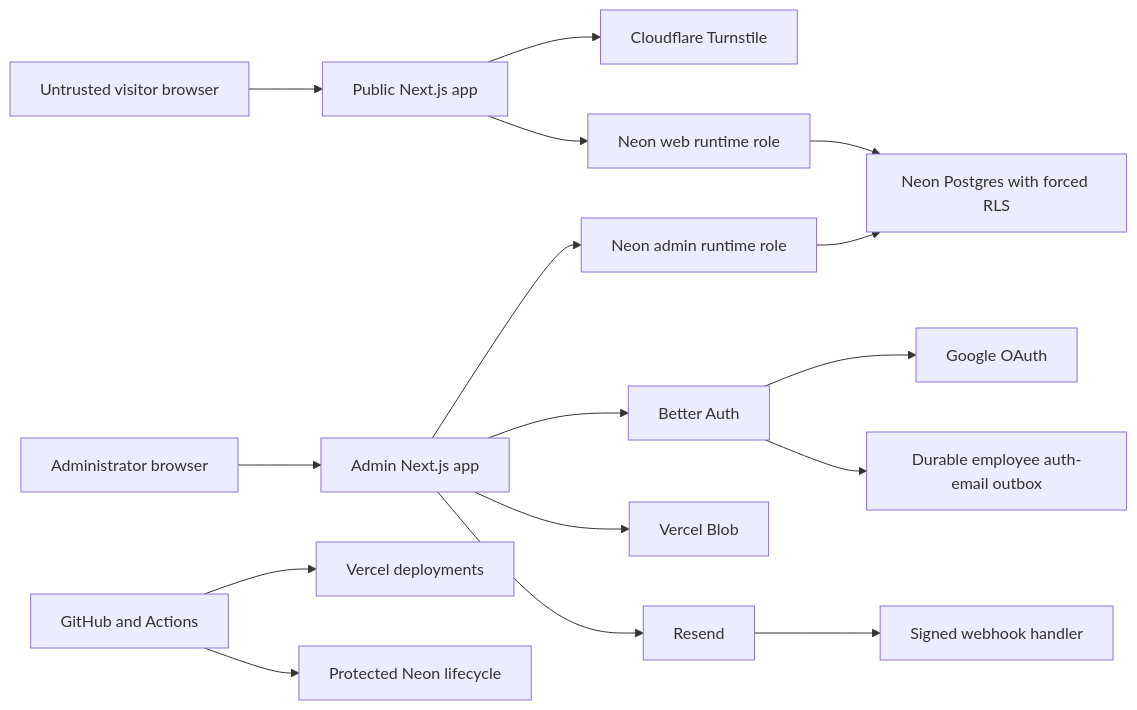
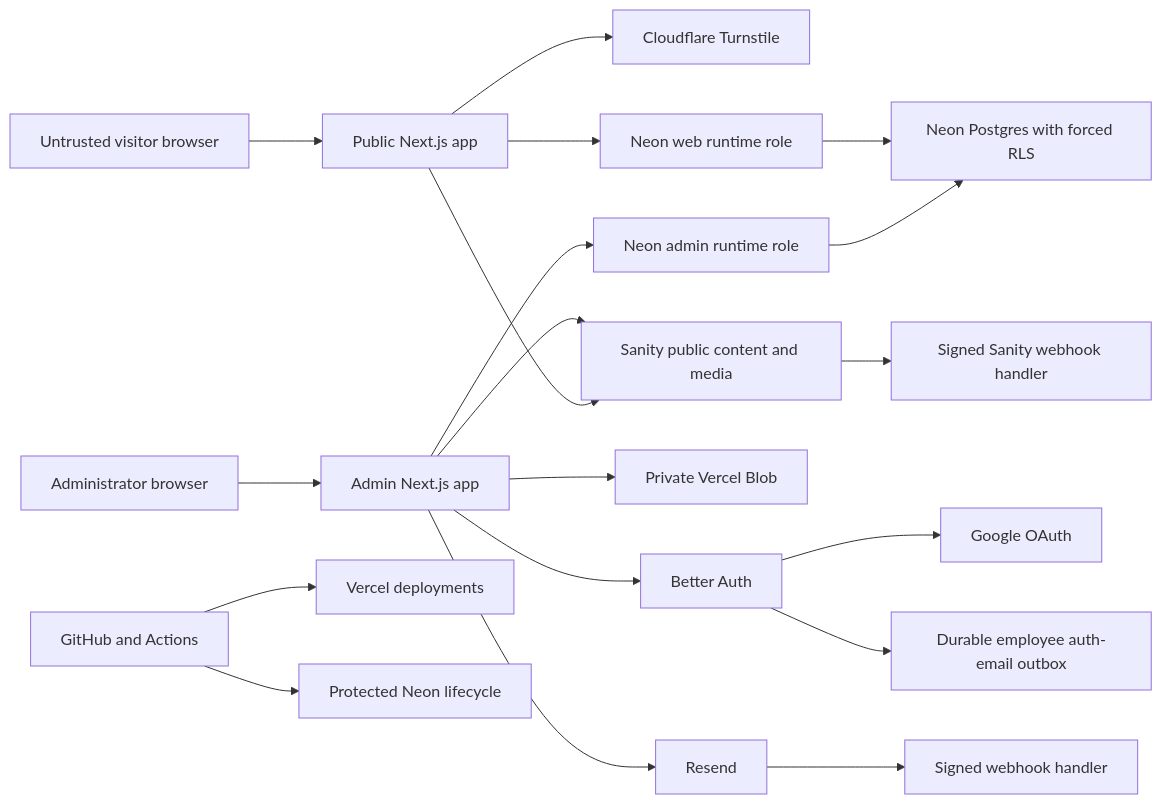
One commit to shapewebs/shapewebs-platform changed the first of 2 diagrams in docs/security/threat-model.md. Above: the diagram before and after it, drawn with Mermaid. The commit also changed other lines of this file and 85 other files, not shown here.

Commit message:
feat(content): add Sanity publishing foundation

````diff
--- a/docs/security/threat-model.md
+++ b/docs/security/threat-model.md
@@ -10,18 +10,21 @@
 ```mermaid
 flowchart LR
   Visitor["Untrusted visitor browser"] --> Web["Public Next.js app"]
   Administrator["Administrator browser"] --> Admin["Admin Next.js app"]
   Web --> Turnstile["Cloudflare Turnstile"]
   Web --> NeonWeb["Neon web runtime role"]
   Admin --> BetterAuth["Better Auth"]
   BetterAuth --> Google["Google OAuth"]
   BetterAuth --> AdminAuthOutbox["Durable employee auth-email outbox"]
   Admin --> NeonAdmin["Neon admin runtime role"]
-  Admin --> Blob["Vercel Blob"]
+  Admin --> Blob["Private Vercel Blob"]
+  Admin --> Sanity["Sanity public content and media"]
+  Sanity --> SanityWebhook["Signed Sanity webhook handler"]
+  Web --> Sanity
   Admin --> Resend["Resend"]
   Resend --> Webhook["Signed webhook handler"]
   GitHub["GitHub and Actions"] --> Vercel["Vercel deployments"]
   GitHub --> NeonControl["Protected Neon lifecycle"]
   NeonWeb --> Database["Neon Postgres with forced RLS"]
   NeonAdmin --> Database
 ```
````
